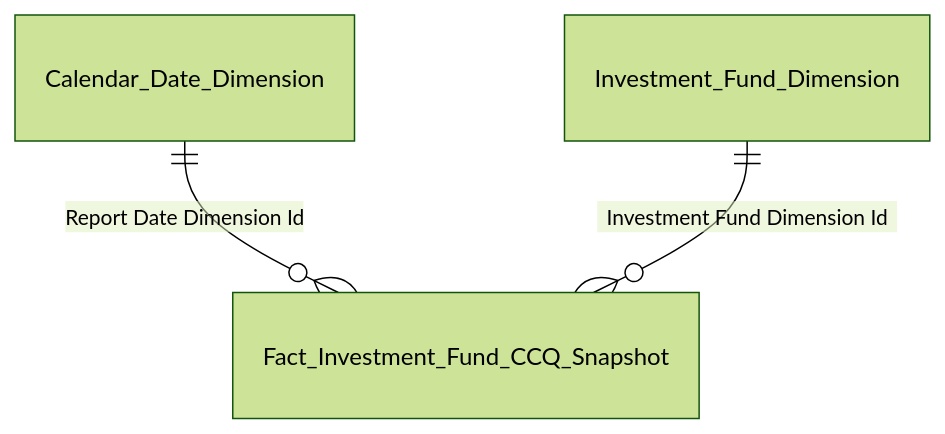
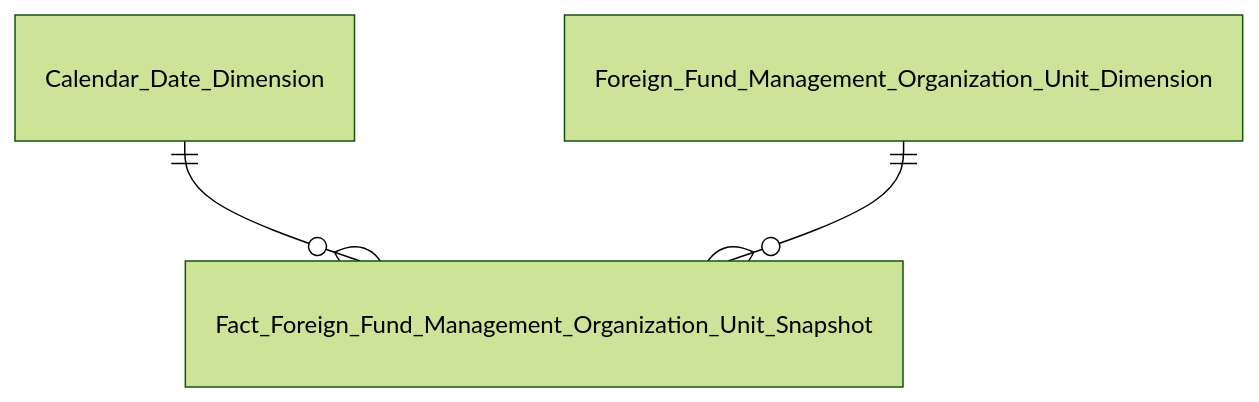
The ninth of 9 diagrams in Datamart/hld/DTM_QLQ_Entities.md (linhlvit/ubck_atomic_design), drawn with Mermaid (forest theme) before and after one commit. The commit also changed other lines of this file and 28 other files, not shown here.

Commit message:
feat(qlq): add LLD detail mapping, 23 entity table schemas, update HLD, sync datamart model and attributes

````diff
--- a/Datamart/hld/DTM_QLQ_Entities.md
+++ b/Datamart/hld/DTM_QLQ_Entities.md
@@ -81,5 +184,5 @@
 ```mermaid
 erDiagram
-    Calendar_Date_Dimension ||--o{ Fact_Investment_Fund_CCQ_Snapshot : "Report Date Dimension Id"
-    Investment_Fund_Dimension ||--o{ Fact_Investment_Fund_CCQ_Snapshot : "Investment Fund Dimension Id"
+    Calendar_Date_Dimension ||--o{ Fact_Foreign_Fund_Management_Organization_Unit_Snapshot : " "
+    Foreign_Fund_Management_Organization_Unit_Dimension ||--o{ Fact_Foreign_Fund_Management_Organization_Unit_Snapshot : " "
 ```
````
